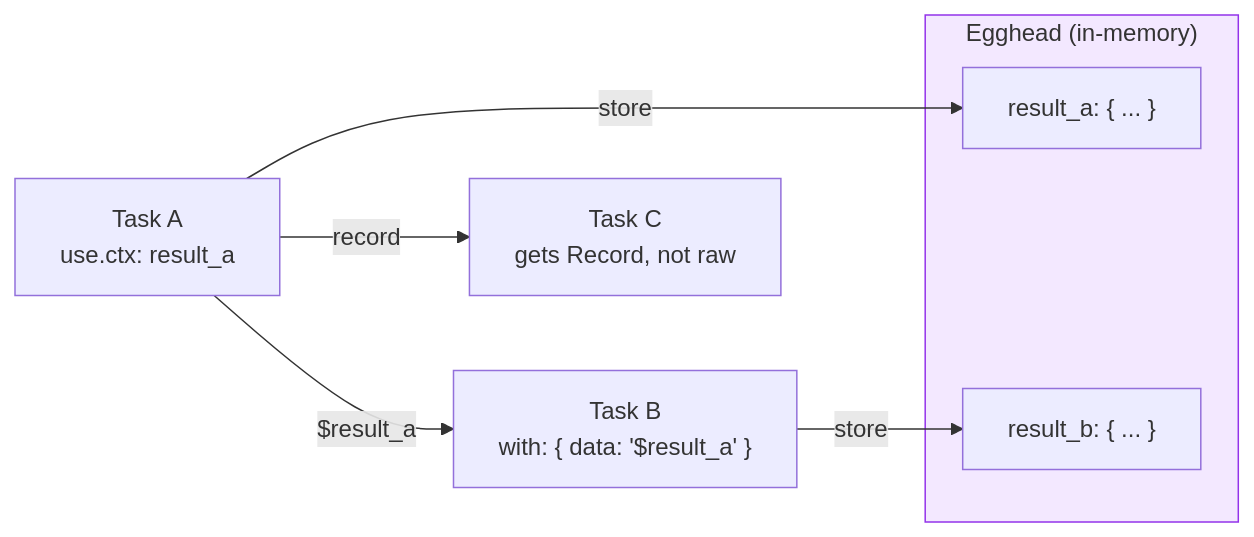
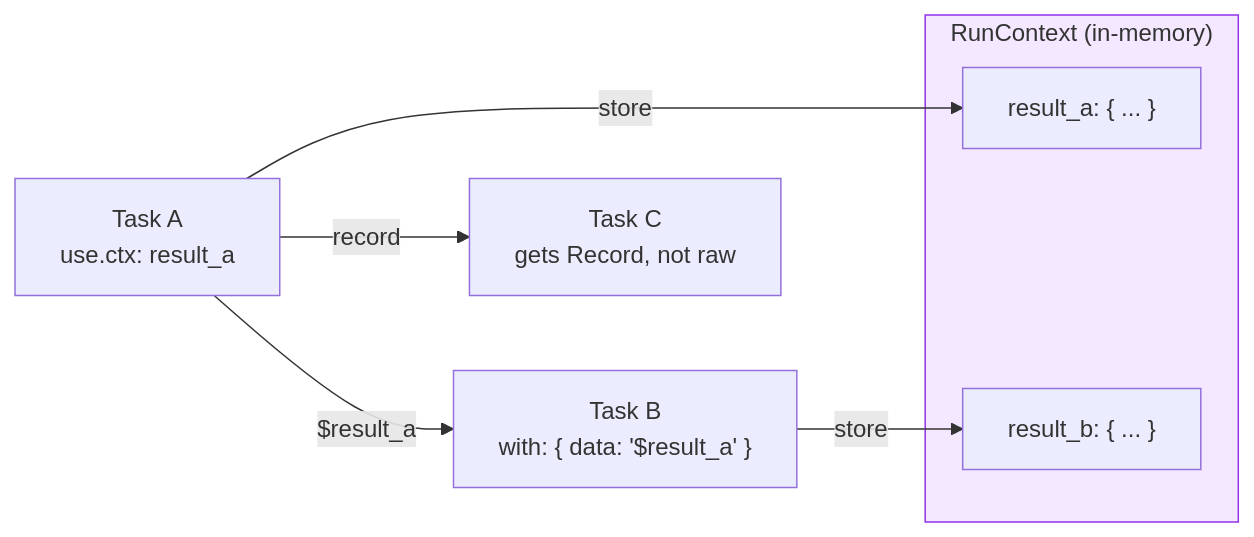
Diagram 17 of 23 in tools/nika/docs/brainstorm/nika-evolution/11-nika-030-technical-reference.md (supernovae-st/nika), drawn with Mermaid before and after one commit. The commit also changed other lines of this file and 35 other files, not shown here.

````diff
--- a/tools/nika/docs/brainstorm/nika-evolution/11-nika-030-technical-reference.md
+++ b/tools/nika/docs/brainstorm/nika-evolution/11-nika-030-technical-reference.md
@@ -1055,15 +1062,15 @@
 ```mermaid
 flowchart LR
     TA["Task A\nuse.ctx: result_a"] -->|"$result_a"| TB["Task B\nwith: { data: '$result_a' }"]
     TA -->|"record"| TC["Task C\ngets Record, not raw"]
 
-    subgraph EGGHEAD["Egghead (in-memory)"]
+    subgraph RUNCONTEXT["RunContext (in-memory)"]
         DS1["result_a: { ... }"]
         DS2["result_b: { ... }"]
     end
 
     TA -->|store| DS1
     TB -->|store| DS2
 
-    style EGGHEAD fill:#f3e8ff,stroke:#9333ea
+    style RUNCONTEXT fill:#f3e8ff,stroke:#9333ea
 ```
````
